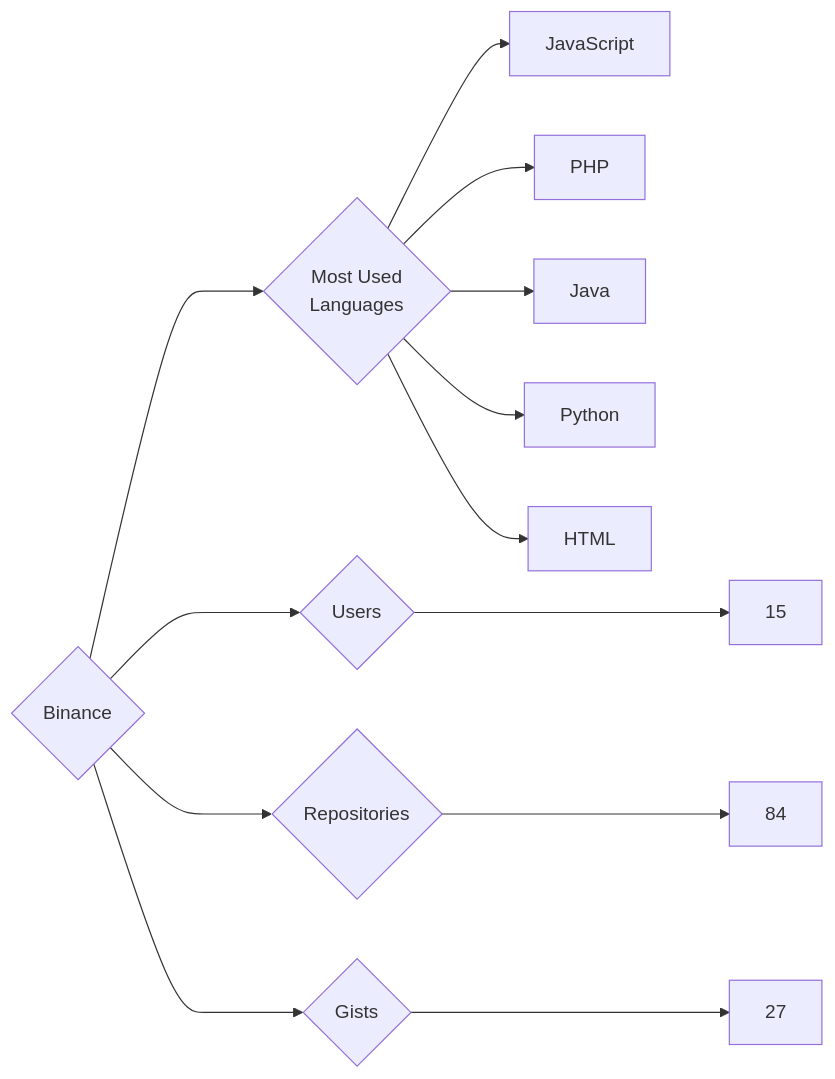
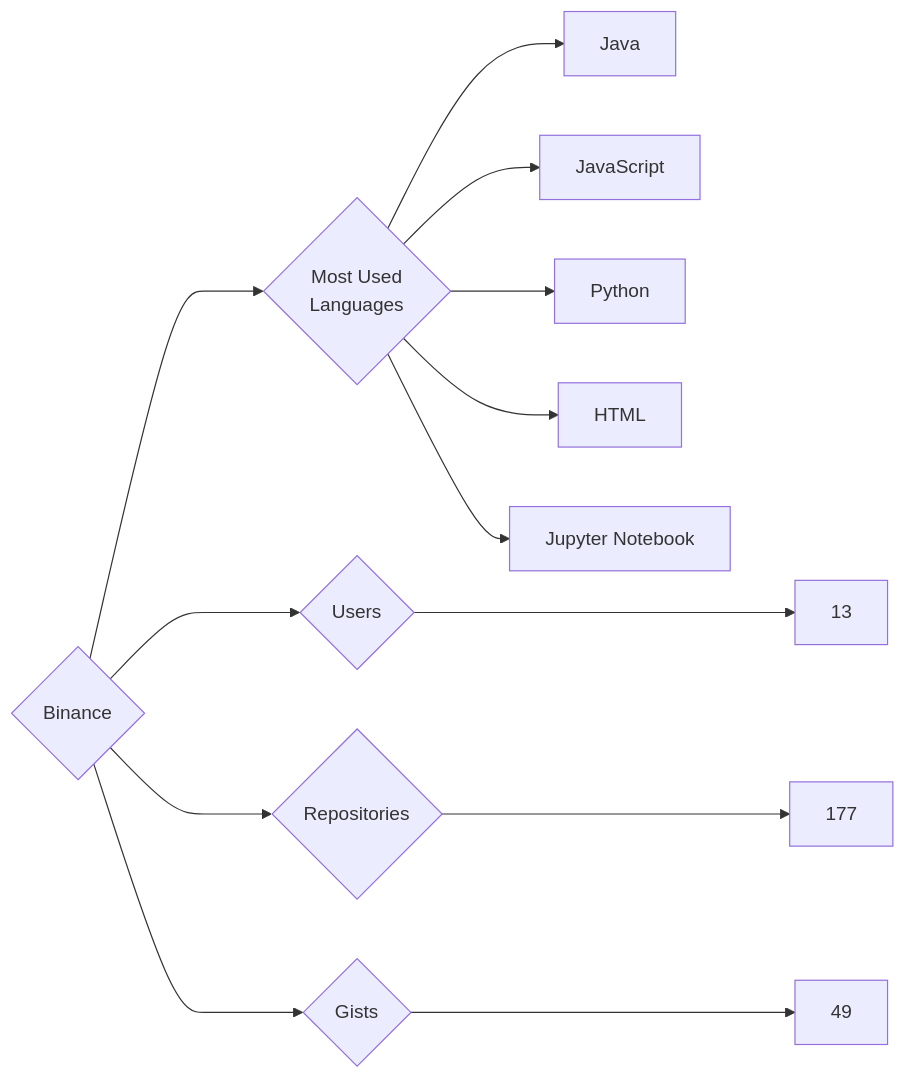
One commit to trickest/insiders changed the diagram in targets/Binance/README.md. Above: the diagram before and after it, drawn with Mermaid. The commit also changed 682 other files, not shown here.

````diff
--- a/targets/Binance/README.md
+++ b/targets/Binance/README.md
@@ -3,13 +3,13 @@
 ```mermaid
 graph LR
 COMPANY_NAME{Binance}
-COMPANY_NAME ---> U{Users} ---> UN[15]
-COMPANY_NAME ---> R{Repositories} ---> RN[84]
-COMPANY_NAME ---> G{Gists} ---> GN[27]
+COMPANY_NAME ---> U{Users} ---> UN[13]
+COMPANY_NAME ---> R{Repositories} ---> RN[177]
+COMPANY_NAME ---> G{Gists} ---> GN[49]
 COMPANY_NAME ---> ML{Most Used<br>Languages}
+ML --> Java[Java]
 ML --> JavaScript[JavaScript]
-ML --> PHP[PHP]
-ML --> Java[Java]
 ML --> Python[Python]
 ML --> HTML[HTML]
+ML --> Jupyter_Notebook[Jupyter Notebook]
 ```
````
